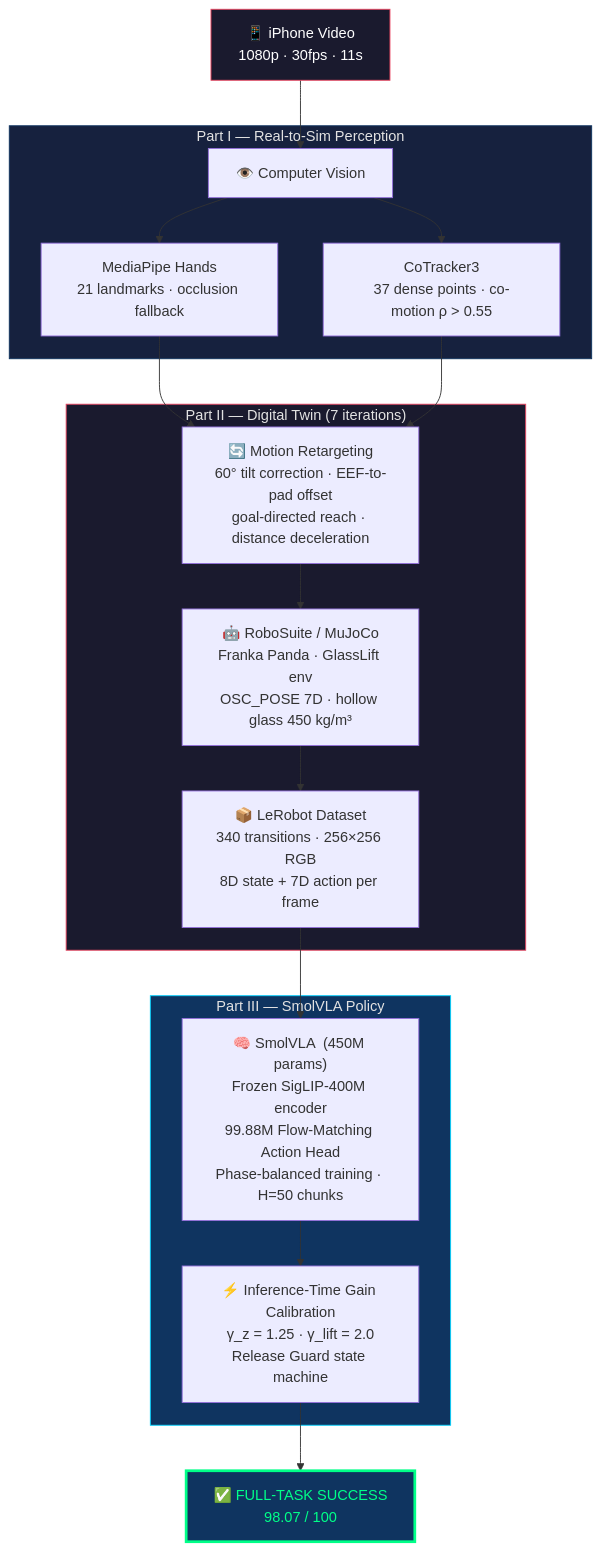
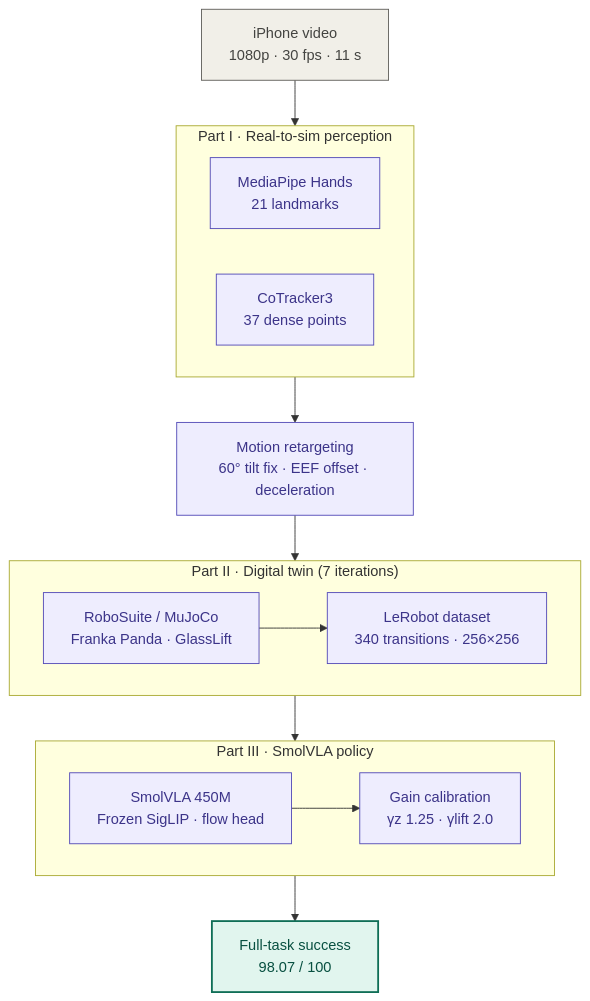
One commit to nirbhayborikar/Pollex changed the diagram in README.md. Above: the diagram before and after it, drawn with Mermaid.

Commit message:
Update README with improved flowchart formatting

````diff
--- a/README.md
+++ b/README.md
@@ -39,29 +39,37 @@
 ```mermaid
 flowchart TD
-    A["📱 iPhone Video\n1080p · 30fps · 11s"] --> B["👁️ Computer Vision"]
+    A["iPhone video<br/>1080p · 30 fps · 11 s"]
 
-    subgraph CV ["Part I — Real-to-Sim Perception"]
-        B --> B1["MediaPipe Hands\n21 landmarks · occlusion fallback"]
-        B --> B2["CoTracker3\n37 dense points · co-motion ρ > 0.55"]
+    subgraph P1 ["Part I · Real-to-sim perception"]
+        direction LR
+        B1["MediaPipe Hands<br/>21 landmarks"]
+        B2["CoTracker3<br/>37 dense points"]
     end
 
-    B1 & B2 --> C["🔄 Motion Retargeting\n60° tilt correction · EEF-to-pad offset\ngoal-directed reach · distance deceleration"]
+    C["Motion retargeting<br/>60° tilt fix · EEF offset · deceleration"]
 
-    subgraph SIM ["Part II — Digital Twin  (7 iterations)"]
-        C --> D["🤖 RoboSuite / MuJoCo\nFranka Panda · GlassLift env\nOSC_POSE 7D · hollow glass 450 kg/m³"]
-        D --> E["📦 LeRobot Dataset\n340 transitions · 256×256 RGB\n8D state + 7D action per frame"]
+    subgraph P2 ["Part II · Digital twin (7 iterations)"]
+        direction LR
+        D["RoboSuite / MuJoCo<br/>Franka Panda · GlassLift"]
+        E["LeRobot dataset<br/>340 transitions · 256×256"]
+        D --> E
     end
 
-    subgraph VLA ["Part III — SmolVLA Policy"]
-        E --> F["🧠 SmolVLA  (450M params)\nFrozen SigLIP-400M encoder\n99.88M Flow-Matching Action Head\nPhase-balanced training · H=50 chunks"]
-        F --> G["⚡ Inference-Time Gain Calibration\nγ_z = 1.25 · γ_lift = 2.0\nRelease Guard state machine"]
+    subgraph P3 ["Part III · SmolVLA policy"]
+        direction LR
+        F["SmolVLA 450M<br/>Frozen SigLIP · flow head"]
+        G["Gain calibration<br/>γz 1.25 · γlift 2.0"]
+        F --> G
     end
 
-    G --> H["✅ FULL-TASK SUCCESS\n98.07 / 100"]
+    H["Full-task success<br/>98.07 / 100"]
 
-    style A fill:#1a1a2e,stroke:#e94560,color:#fff
-    style H fill:#0f3460,stroke:#00ff88,color:#00ff88,stroke-width:3px
-    style CV fill:#16213e,stroke:#0f3460,color:#e2e2e2
-    style SIM fill:#1a1a2e,stroke:#e94560,color:#e2e2e2
-    style VLA fill:#0f3460,stroke:#00d2ff,color:#e2e2e2
+    A --> P1 --> C --> P2 --> P3 --> H
+
+    classDef stage fill:#EEEDFE,stroke:#534AB7,color:#3C3489
+    classDef input fill:#F1EFE8,stroke:#5F5E5A,color:#444441
+    classDef result fill:#E1F5EE,stroke:#0F6E56,color:#085041,stroke-width:2px
+    class B1,B2,C,D,E,F,G stage
+    class A input
+    class H result
 ```
````
